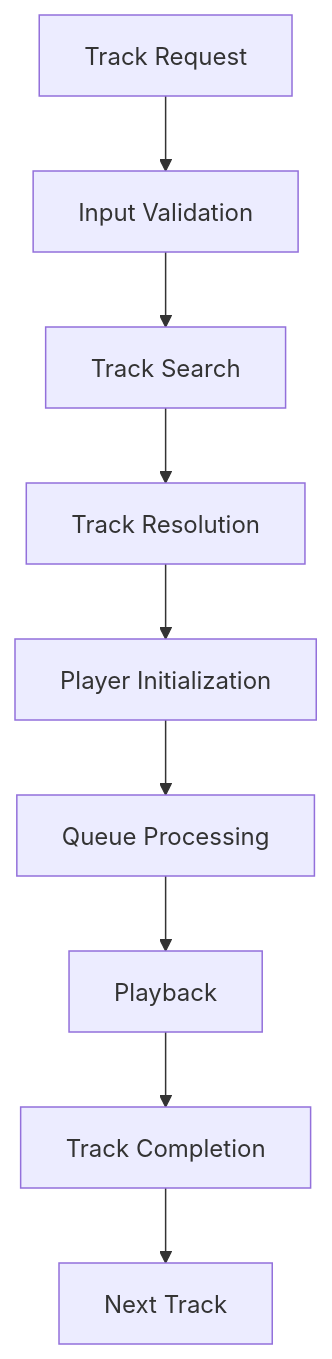
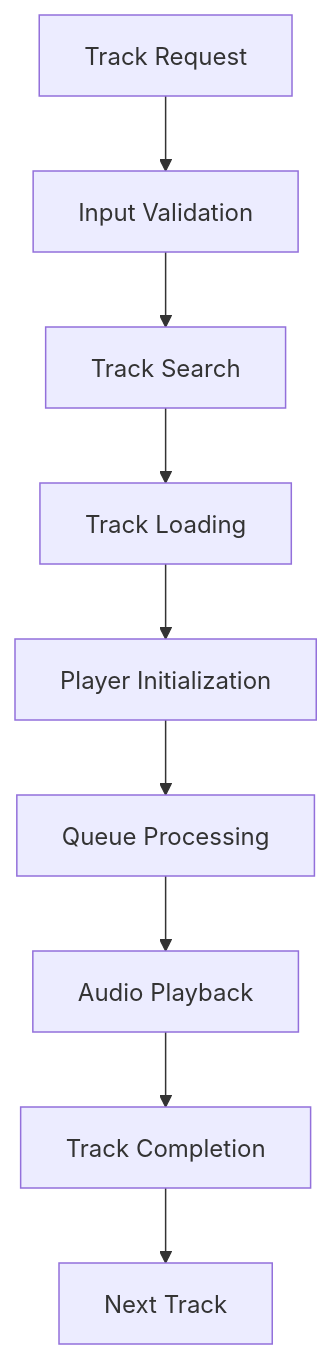
The second of 3 diagrams in README.md (fraudelis/blaze), drawn with Mermaid before and after one commit. The commit also changed other lines of this file, not shown here.

````diff
--- a/README.md
+++ b/README.md
@@ -227,11 +138,11 @@
 ```mermaid
 flowchart TD
     A["Track Request"] --> B["Input Validation"]
     B --> C["Track Search"]
-    C --> D["Track Resolution"]
+    C --> D["Track Loading"]
     D --> E["Player Initialization"]
     E --> F["Queue Processing"]
-    F --> G["Playback"]
+    F --> G["Audio Playback"]
     G --> H["Track Completion"]
     H --> I["Next Track"]
 ```
````
